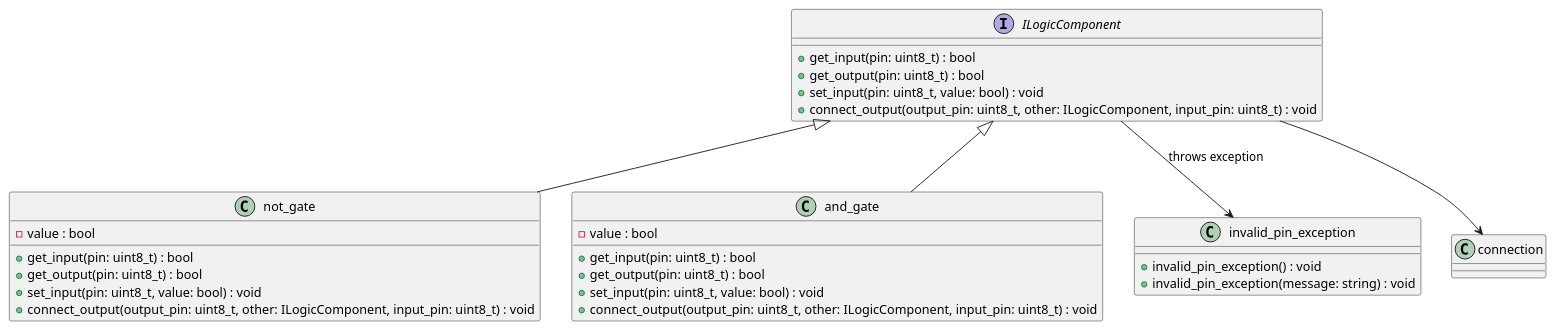
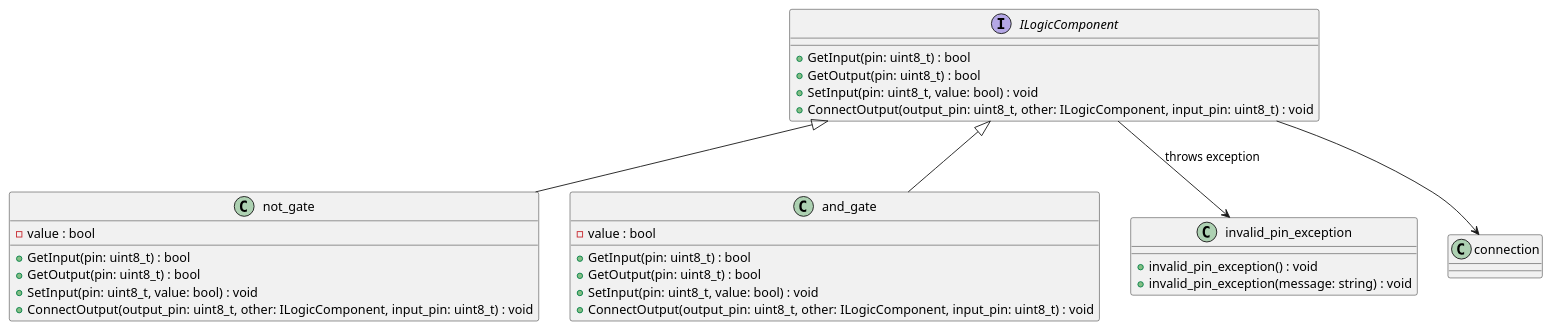
One commit to LynnTedjeAnna/OOP_T2 changed the diagram in Logic_Simulator/diagram/Class.puml. Above: the diagram before and after it, drawn with PlantUML. The commit also changed 21 other files, not shown here.

```diff
--- a/Logic_Simulator/diagram/Class.puml
+++ b/Logic_Simulator/diagram/Class.puml
@@ -1,41 +1,41 @@
 @startuml
 interface ILogicComponent {
-  + get_input(pin: uint8_t) : bool
-  + get_output(pin: uint8_t) : bool
-  + set_input(pin: uint8_t, value: bool) : void
-  + connect_output(output_pin: uint8_t, other: ILogicComponent, input_pin: uint8_t) : void
+  + GetInput(pin: uint8_t) : bool
+  + GetOutput(pin: uint8_t) : bool
+  + SetInput(pin: uint8_t, value: bool) : void
+  + ConnectOutput(output_pin: uint8_t, other: ILogicComponent, input_pin: uint8_t) : void
 }
 
 class not_gate {
   - value : bool
-  + get_input(pin: uint8_t) : bool
-  + get_output(pin: uint8_t) : bool
-  + set_input(pin: uint8_t, value: bool) : void
-  + connect_output(output_pin: uint8_t, other: ILogicComponent, input_pin: uint8_t) : void
+  + GetInput(pin: uint8_t) : bool
+  + GetOutput(pin: uint8_t) : bool
+  + SetInput(pin: uint8_t, value: bool) : void
+  + ConnectOutput(output_pin: uint8_t, other: ILogicComponent, input_pin: uint8_t) : void
 }
 
 class and_gate {
   - value : bool
-  + get_input(pin: uint8_t) : bool
-  + get_output(pin: uint8_t) : bool
-  + set_input(pin: uint8_t, value: bool) : void
-  + connect_output(output_pin: uint8_t, other: ILogicComponent, input_pin: uint8_t) : void
+  + GetInput(pin: uint8_t) : bool
+  + GetOutput(pin: uint8_t) : bool
+  + SetInput(pin: uint8_t, value: bool) : void
+  + ConnectOutput(output_pin: uint8_t, other: ILogicComponent, input_pin: uint8_t) : void
 }
 
 class invalid_pin_exception {
   + invalid_pin_exception() : void
   + invalid_pin_exception(message: string) : void
 }
 
 class connection{
 }
 
 ILogicComponent -->  connection
 
 ILogicComponent <|-- not_gate
 ILogicComponent <|-- and_gate
 
 
 ILogicComponent --> invalid_pin_exception : throws exception
 
 @enduml
```
